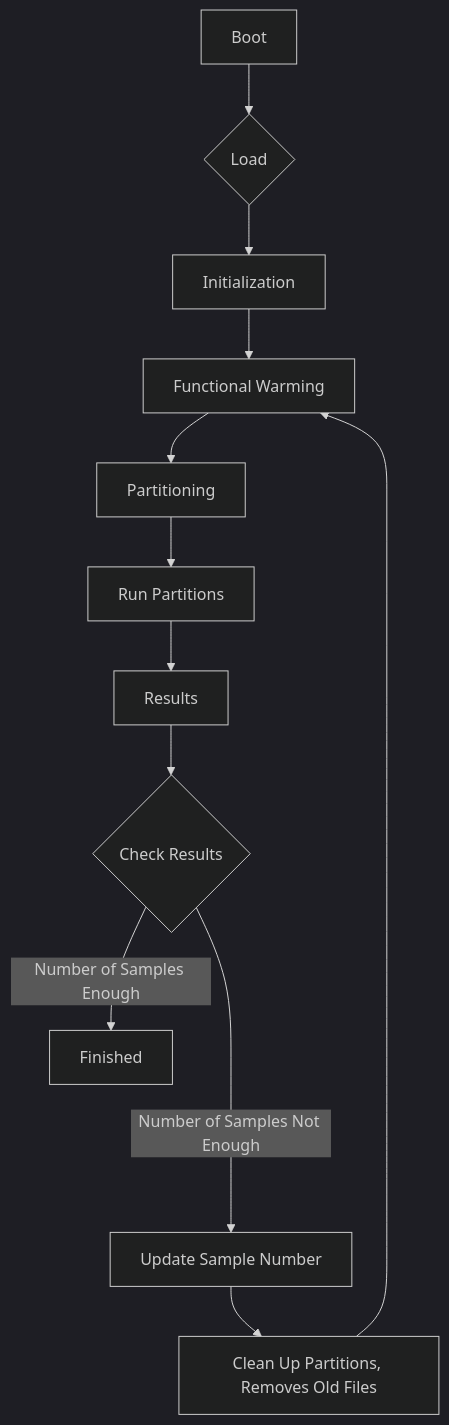
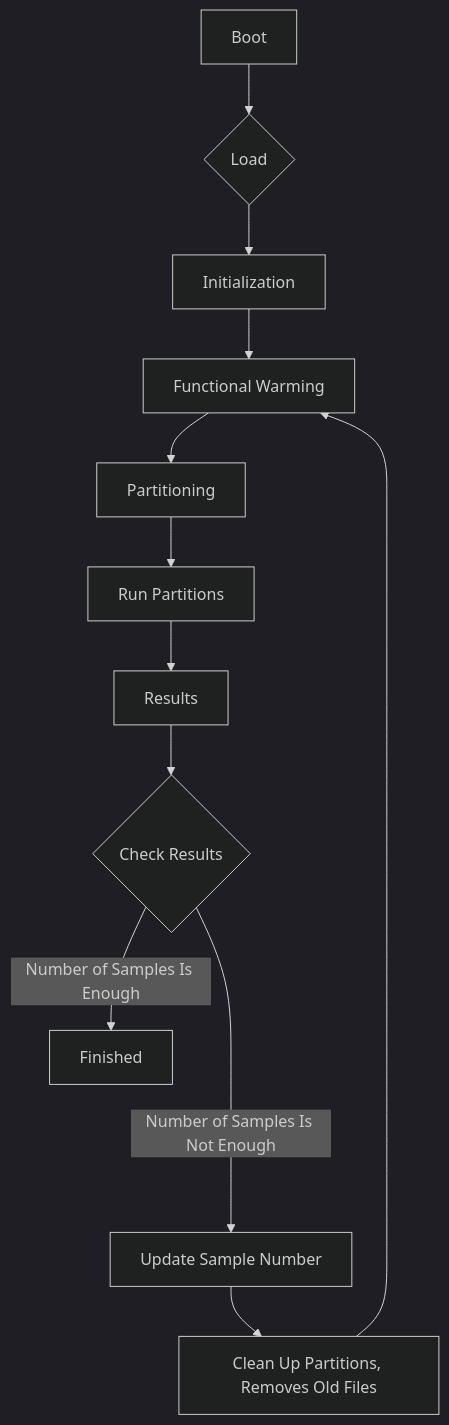
One commit to parsa-epfl/qflex changed the diagram in mk_docs/quickstart.md. Above: the diagram before and after it, drawn with Mermaid (dark theme).

Commit message:
update website

````diff
--- a/mk_docs/quickstart.md
+++ b/mk_docs/quickstart.md
@@ -11,14 +11,14 @@
 ``` mermaid
 graph TD
   B[Boot] --> L{Load};
   L --> I[Initialization];
   I --> F[Functional Warming];
   F --> P[Partitioning];
   P --> RP[Run Partitions];
   RP --> R[Results];
   R --> C{Check Results};
-  C -->|Number of Samples Enough| Fi[Finished];
-  C ---->|Number of Samples Not Enough| U[Update Sample Number];
+  C -->|Number of Samples Is Enough| Fi[Finished];
+  C ---->|Number of Samples Is Not Enough| U[Update Sample Number];
   U --> CleanPartition[Clean Up Partitions, Removes Old Files];
   CleanPartition --> F;
 ```
````
